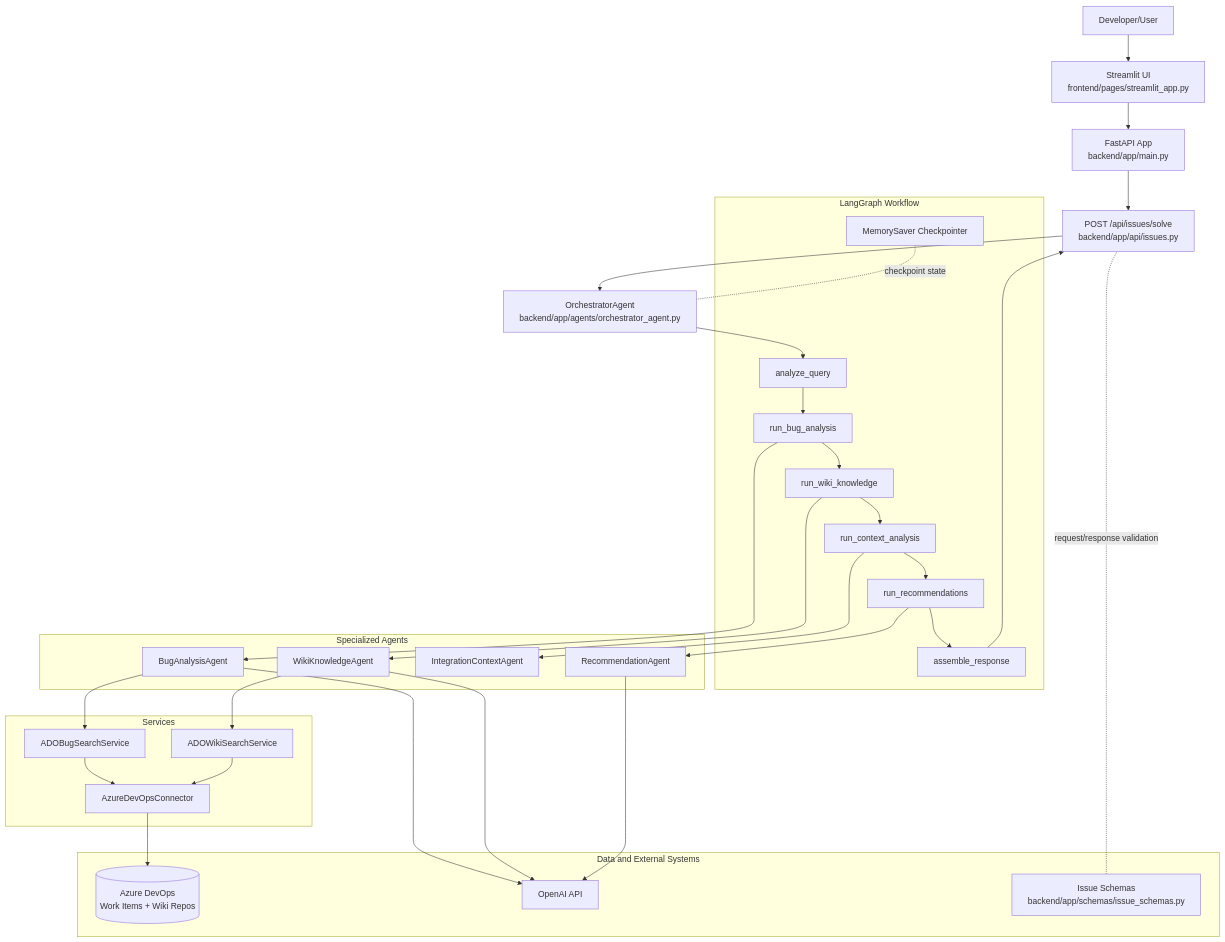
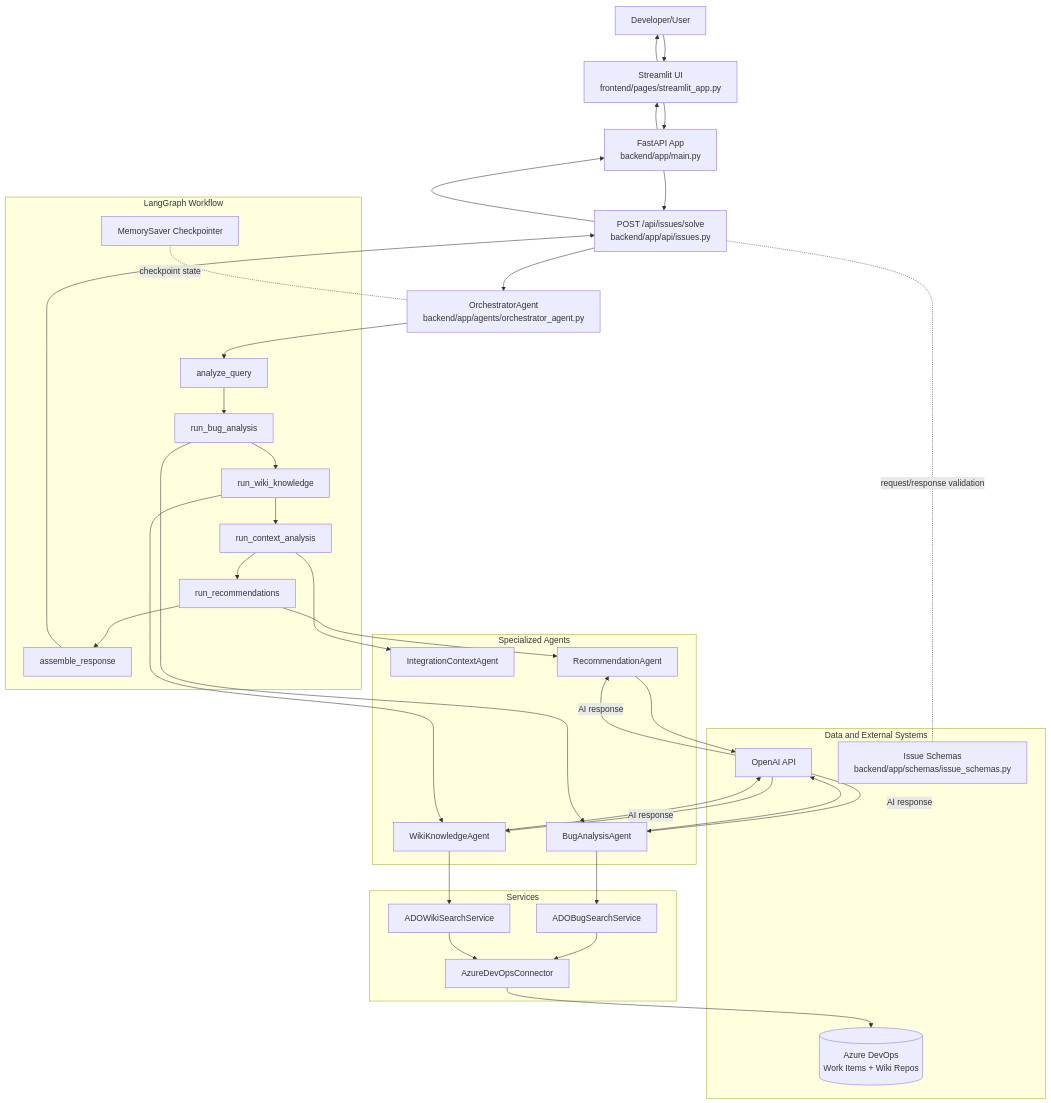
Before and after one commit to mbighane/ErrorLens--AI-Powered-Issue-Advisor: the diagram in docs/architecture.mmd, drawn with Mermaid.

Commit message:
Update architecture diagram to include OpenAI return responses and full response flow to UI

```diff
--- a/docs/architecture.mmd
+++ b/docs/architecture.mmd
@@ -1,51 +1,54 @@
 graph TB
     U[Developer/User]
     ST[Streamlit UI<br/>frontend/pages/streamlit_app.py]
     API[FastAPI App<br/>backend/app/main.py]
     EP[POST /api/issues/solve<br/>backend/app/api/issues.py]
     ORCH[OrchestratorAgent<br/>backend/app/agents/orchestrator_agent.py]
 
     subgraph LG[LangGraph Workflow]
         N1[analyze_query]
         N2[run_bug_analysis]
         N3[run_wiki_knowledge]
         N4[run_context_analysis]
         N5[run_recommendations]
         N6[assemble_response]
         CP[MemorySaver Checkpointer]
     end
 
     subgraph AG[Specialized Agents]
         BA[BugAnalysisAgent]
         WA[WikiKnowledgeAgent]
         CA[IntegrationContextAgent]
         RA[RecommendationAgent]
     end
 
     subgraph SV[Services]
         BS[ADOBugSearchService]
         WS[ADOWikiSearchService]
         ADOC[AzureDevOpsConnector]
     end
 
     subgraph DM[Data and External Systems]
         ADO[(Azure DevOps<br/>Work Items + Wiki Repos)]
         OPENAI[OpenAI API]
         SC[Issue Schemas<br/>backend/app/schemas/issue_schemas.py]
     end
 
     U --> ST --> API --> EP --> ORCH
     EP -. request/response validation .- SC
 
     ORCH --> N1 --> N2 --> N3 --> N4 --> N5 --> N6
     CP -. checkpoint state .- ORCH
 
     N2 --> BA --> BS --> ADOC --> ADO
     N3 --> WA --> WS --> ADOC
     N4 --> CA
     N5 --> RA
 
     BA --> OPENAI
     WA --> OPENAI
     RA --> OPENAI
-    N6 --> EP
+    OPENAI -- AI response --> BA
+    OPENAI -- AI response --> WA
+    OPENAI -- AI response --> RA
+    N6 --> EP --> API --> ST --> U
```
